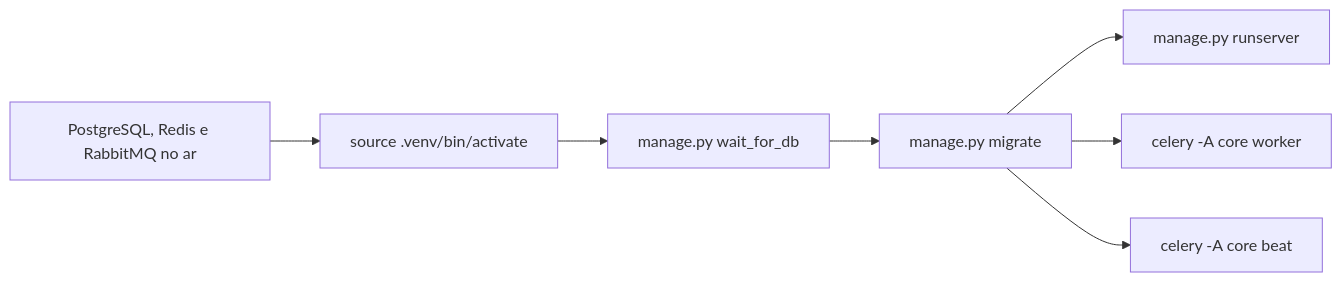
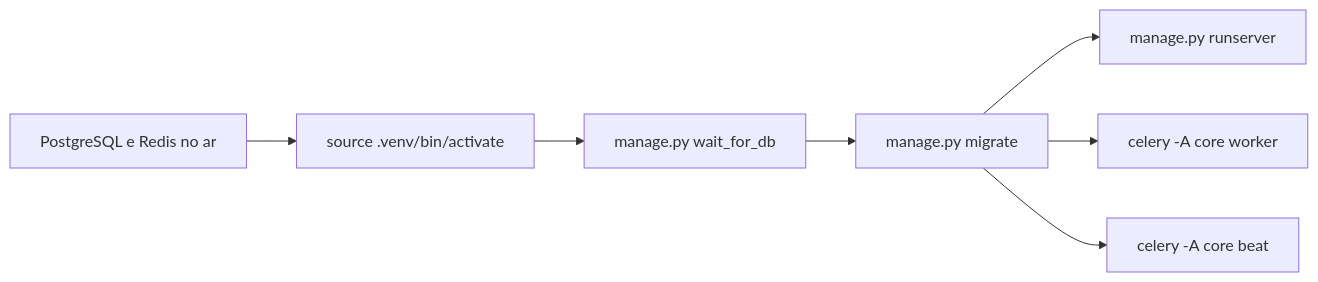
The diagram in docs/setup/ambiente-local.md (LeticiaCasteloSilva/SCSI), drawn with Mermaid before and after one commit. The commit also changed other lines of this file and 9 other files, not shown here.

Commit message:
refactor: remove RabbitMQ e adota Redis como broker unico do Celery

````diff
--- a/docs/setup/ambiente-local.md
+++ b/docs/setup/ambiente-local.md
@@ -105,9 +105,9 @@
 ```mermaid
 graph LR
-    A[PostgreSQL, Redis e RabbitMQ no ar] --> B[source .venv/bin/activate]
+    A[PostgreSQL e Redis no ar] --> B[source .venv/bin/activate]
     B --> C[manage.py wait_for_db]
     C --> D[manage.py migrate]
     D --> E[manage.py runserver]
     D --> F[celery -A core worker]
     D --> G[celery -A core beat]
 ```
````
